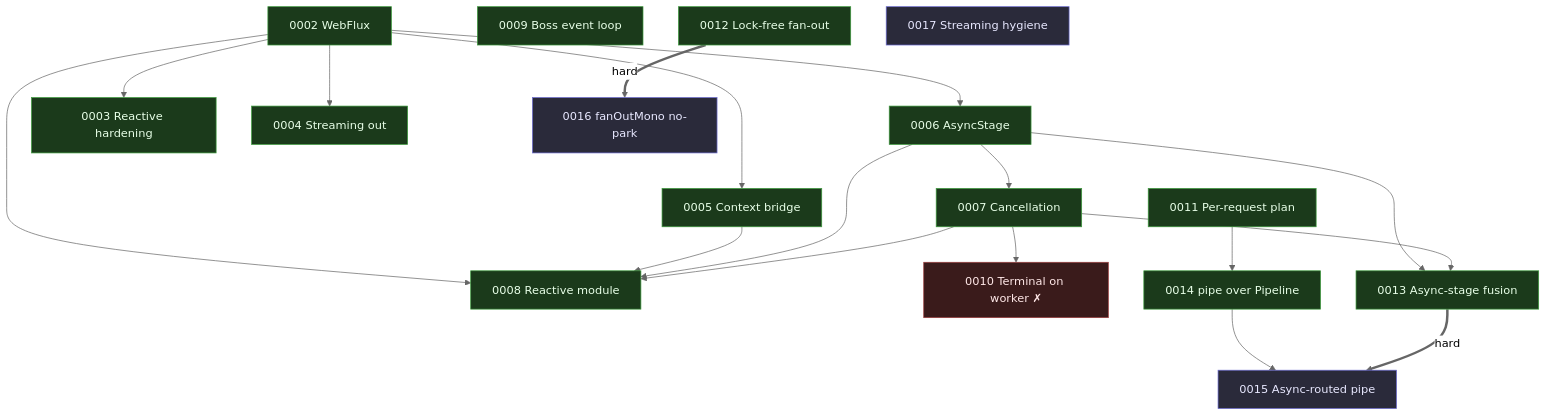
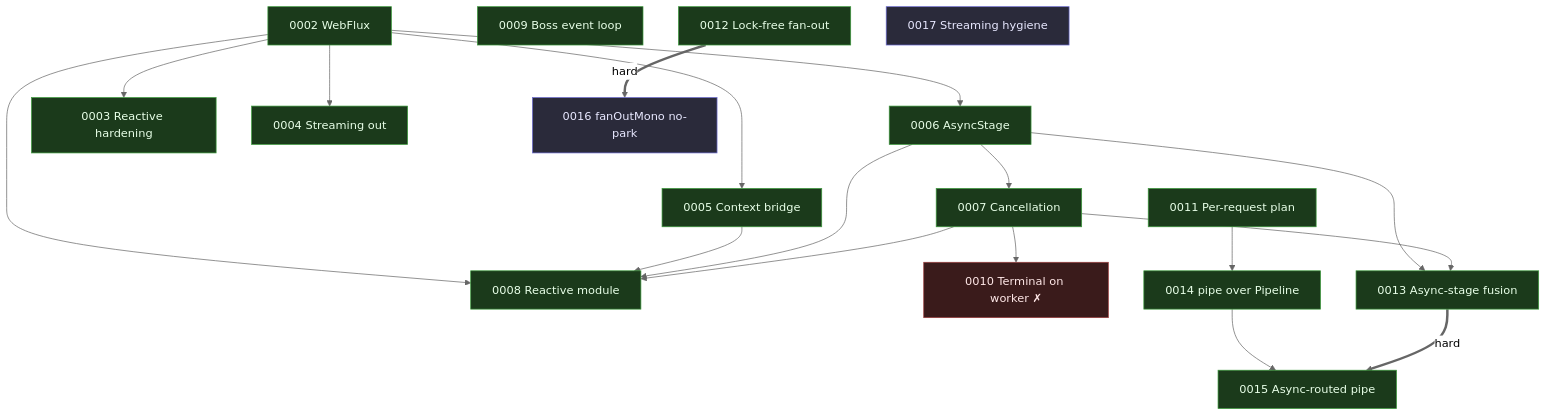
Before and after one commit to fabiangftech/nioflow: the diagram in docs/rfc/0000-index.md, drawn with Mermaid (neutral theme). The commit also changed other lines of this file and 18 other files, not shown here.

````diff
--- a/docs/rfc/0000-index.md
+++ b/docs/rfc/0000-index.md
@@ -37,40 +37,40 @@
 ```mermaid
 flowchart TD
     classDef done fill:#1b3a1b,stroke:#3c9a3c,color:#e8ffe8
     classDef prop fill:#2a2a3a,stroke:#6a6ad0,color:#e8e8ff
     classDef rej fill:#3a1b1b,stroke:#9a3c3c,color:#ffe8e8
     classDef hard stroke-width:3px
 
     %% ── implemented (0001–0008) ──
     R0002["0002 WebFlux"]:::done
     R0006["0006 AsyncStage"]:::done
     R0007["0007 Cancellation"]:::done
     R0002 --> R0006 --> R0007
     R0002 --> R0003["0003 Reactive hardening"]:::done
     R0002 --> R0004["0004 Streaming out"]:::done
     R0002 --> R0005["0005 Context bridge"]:::done
     R0002 --> R0008["0008 Reactive module"]:::done
     R0005 --> R0008
     R0006 --> R0008
     R0007 --> R0008
 
     %% ── proposed core (0009–0013) ──
     R0009["0009 Boss event loop"]:::done
     R0010["0010 Terminal on worker ✗"]:::rej
     R0011["0011 Per-request plan"]:::done
     R0012["0012 Lock-free fan-out"]:::done
     R0013["0013 Async-stage fusion"]:::done
     R0007 --> R0010
     R0006 --> R0013
     R0007 --> R0013
 
     %% ── proposed reactive (0014–0017) ──
     R0014["0014 pipe over Pipeline"]:::done
-    R0015["0015 Async-routed pipe"]:::prop
+    R0015["0015 Async-routed pipe"]:::done
     R0016["0016 fanOutMono no-park"]:::prop
     R0017["0017 Streaming hygiene"]:::prop
     R0011 --> R0014
     R0014 --> R0015
     R0013 == hard ==> R0015
     R0012 == hard ==> R0016
 ```
````
